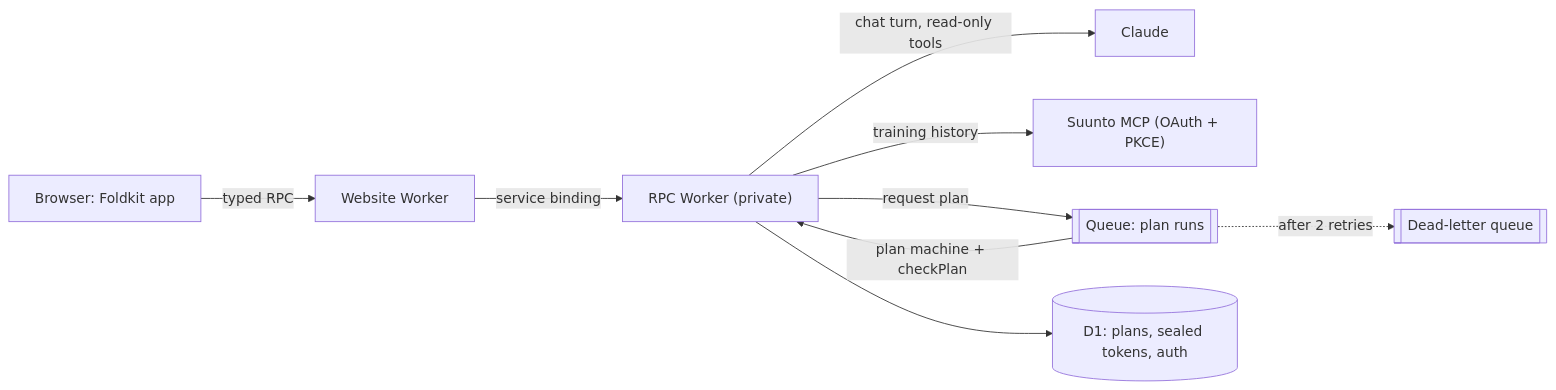
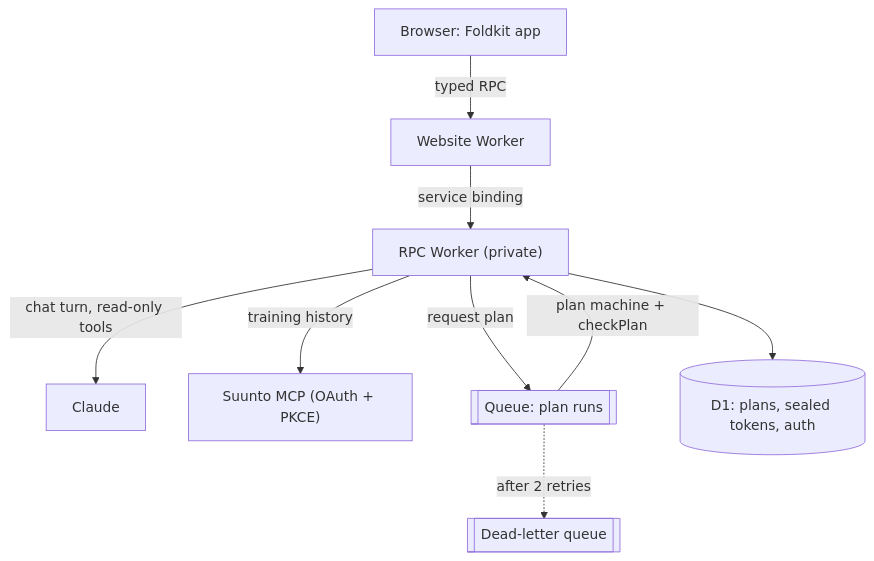
Before and after one commit to przytrzask/portfolio: the diagram in case-studies/suunto-coach.md, drawn with Mermaid. The commit also changed 32 other files, not shown here.

First line of the commit message:
Add audit-ready metadata, agent-readable files, a real 404 and build-time diagrams

````diff
--- a/case-studies/suunto-coach.md
+++ b/case-studies/suunto-coach.md
@@ -41,11 +41,13 @@
 ```mermaid
-flowchart LR
+flowchart TD
+  accTitle: suunto-coach architecture on Cloudflare
+  accDescr: The browser app calls the Website Worker over typed RPC. A private RPC Worker talks to Claude and the Suunto MCP, runs plans through a queue with a dead-letter queue, and keeps plans, sealed tokens and auth in D1.
   UI["Browser: Foldkit app"] -- "typed RPC" --> WS["Website Worker"]
   WS -- "service binding" --> RB["RPC Worker (private)"]
   RB -- "chat turn, read-only tools" --> AN["Claude"]
   RB -- "training history" --> SU["Suunto MCP (OAuth + PKCE)"]
   RB -- "request plan" --> Q1[["Queue: plan runs"]]
   Q1 -- "plan machine + checkPlan" --> RB
   Q1 -. "after 2 retries" .-> Q2[["Dead-letter queue"]]
   RB --> D1[("D1: plans, sealed tokens, auth")]
 ```
````
